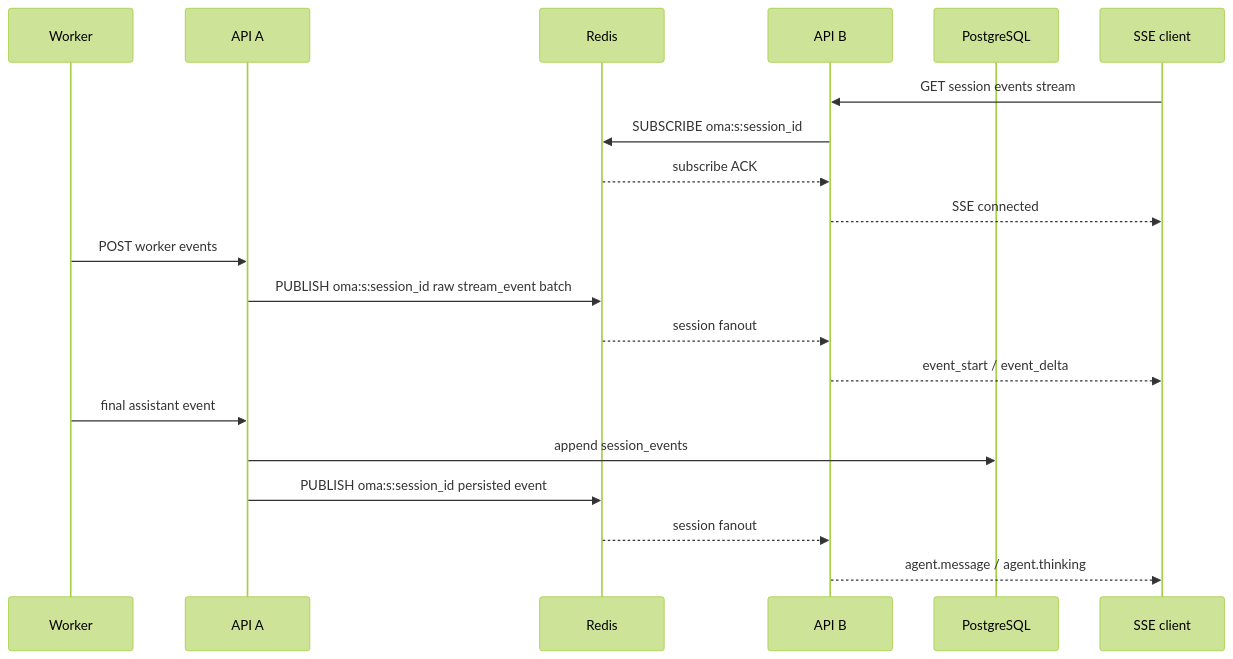
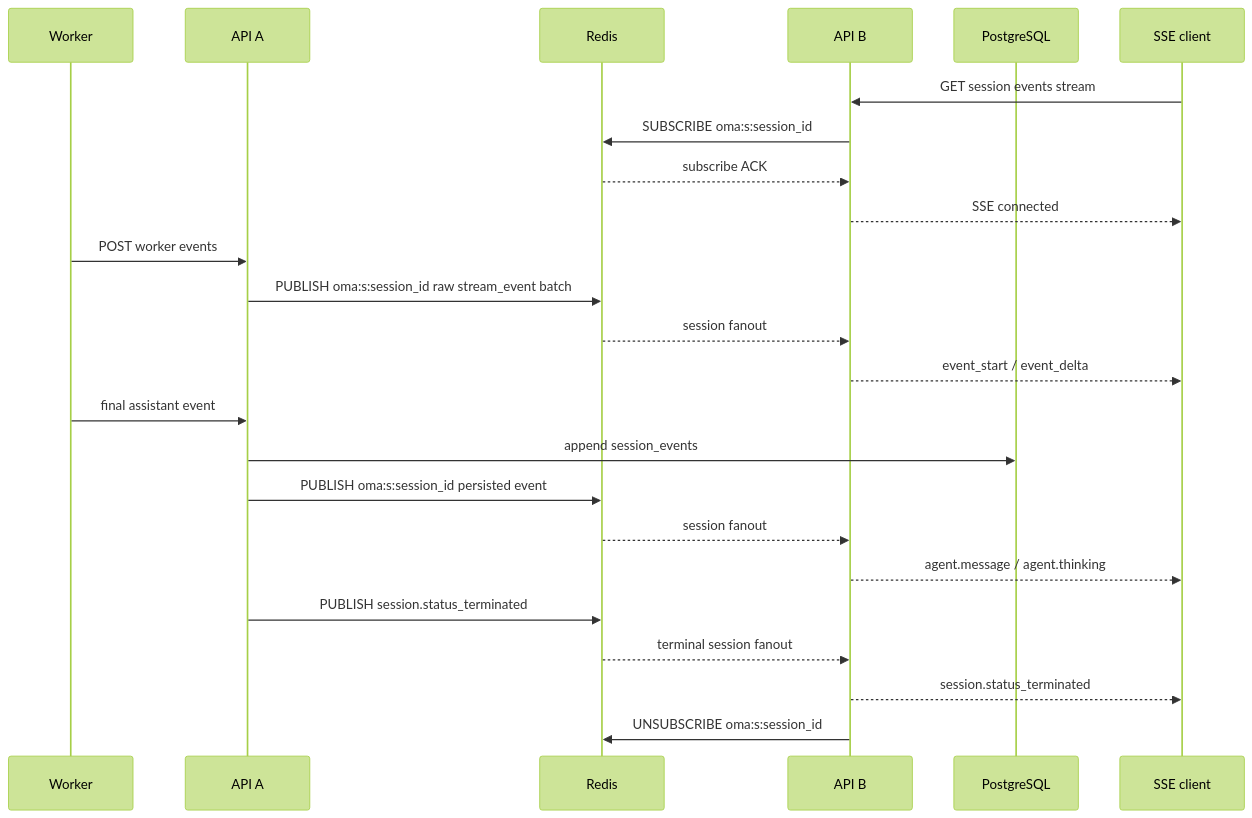
One commit to superduck-ai/open-managed-agents changed the diagram in docs/design/be/ccrv2/ccr-v2-worker-sse-fanout.md. Above: the diagram before and after it, drawn with Mermaid (forest theme). The commit also changed other lines of this file and 10 other files, not shown here.

Commit message:
Clean up terminated session fanout subscriptions

````diff
--- a/docs/design/be/ccrv2/ccr-v2-worker-sse-fanout.md
+++ b/docs/design/be/ccrv2/ccr-v2-worker-sse-fanout.md
@@ -17,23 +17,27 @@
 ```mermaid
 sequenceDiagram
     participant W as Worker
     participant A as API A
     participant R as Redis
     participant B as API B
     participant DB as PostgreSQL
     participant C as SSE client
 
     C->>B: GET session events stream
     B->>R: SUBSCRIBE oma:s:session_id
     R-->>B: subscribe ACK
     B-->>C: SSE connected
     W->>A: POST worker events
     A->>R: PUBLISH oma:s:session_id raw stream_event batch
     R-->>B: session fanout
     B-->>C: event_start / event_delta
     W->>A: final assistant event
     A->>DB: append session_events
     A->>R: PUBLISH oma:s:session_id persisted event
     R-->>B: session fanout
     B-->>C: agent.message / agent.thinking
+    A->>R: PUBLISH session.status_terminated
+    R-->>B: terminal session fanout
+    B-->>C: session.status_terminated
+    B->>R: UNSUBSCRIBE oma:s:session_id
 ```
````
